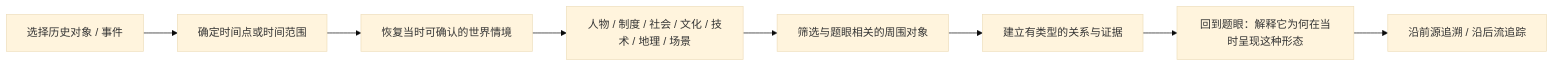
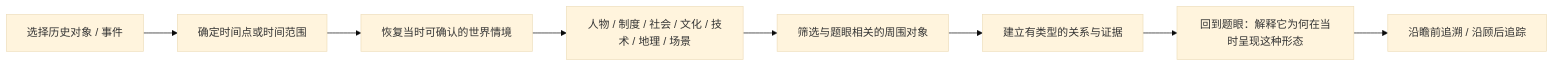
Before and after one commit to yijianvision-lgtm/yijian: the second of 4 diagrams in docs/MIND-V3.3-A4-FOUR-SIDED-INTERACTION-AND-HISTORICAL-RECONSTRUCTION.md, drawn with Mermaid (base theme). The commit also changed other lines of this file, not shown here.

````diff
--- a/docs/MIND-V3.3-A4-FOUR-SIDED-INTERACTION-AND-HISTORICAL-RECONSTRUCTION.md
+++ b/docs/MIND-V3.3-A4-FOUR-SIDED-INTERACTION-AND-HISTORICAL-RECONSTRUCTION.md
@@ -116,10 +116,10 @@
 ```mermaid
 flowchart LR
   A["选择历史对象 / 事件"] --> B["确定时间点或时间范围"]
   B --> C["恢复当时可确认的世界情境"]
   C --> D["人物 / 制度 / 社会 / 文化 / 技术 / 地理 / 场景"]
   D --> E["筛选与题眼相关的周围对象"]
   E --> F["建立有类型的关系与证据"]
   F --> G["回到题眼：解释它为何在当时呈现这种形态"]
-  G --> H["沿前源追溯 / 沿后流追踪"]
+  G --> H["沿瞻前追溯 / 沿顾后追踪"]
 ```
````
